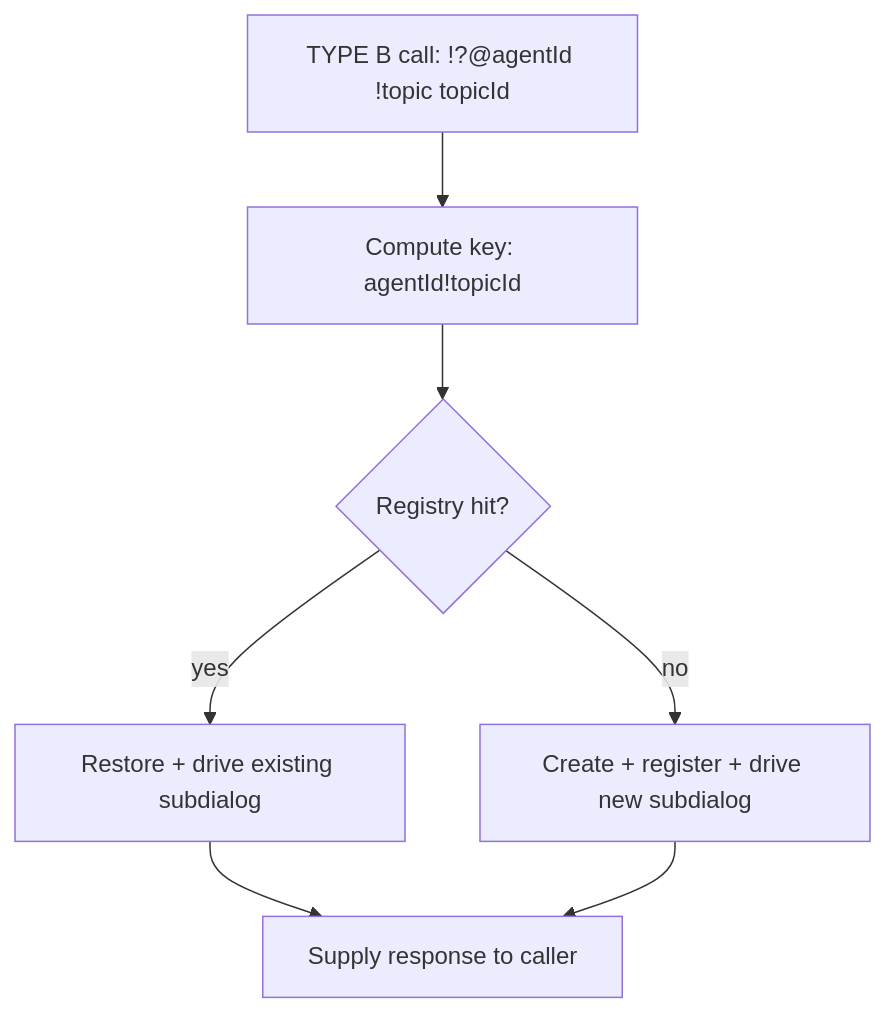
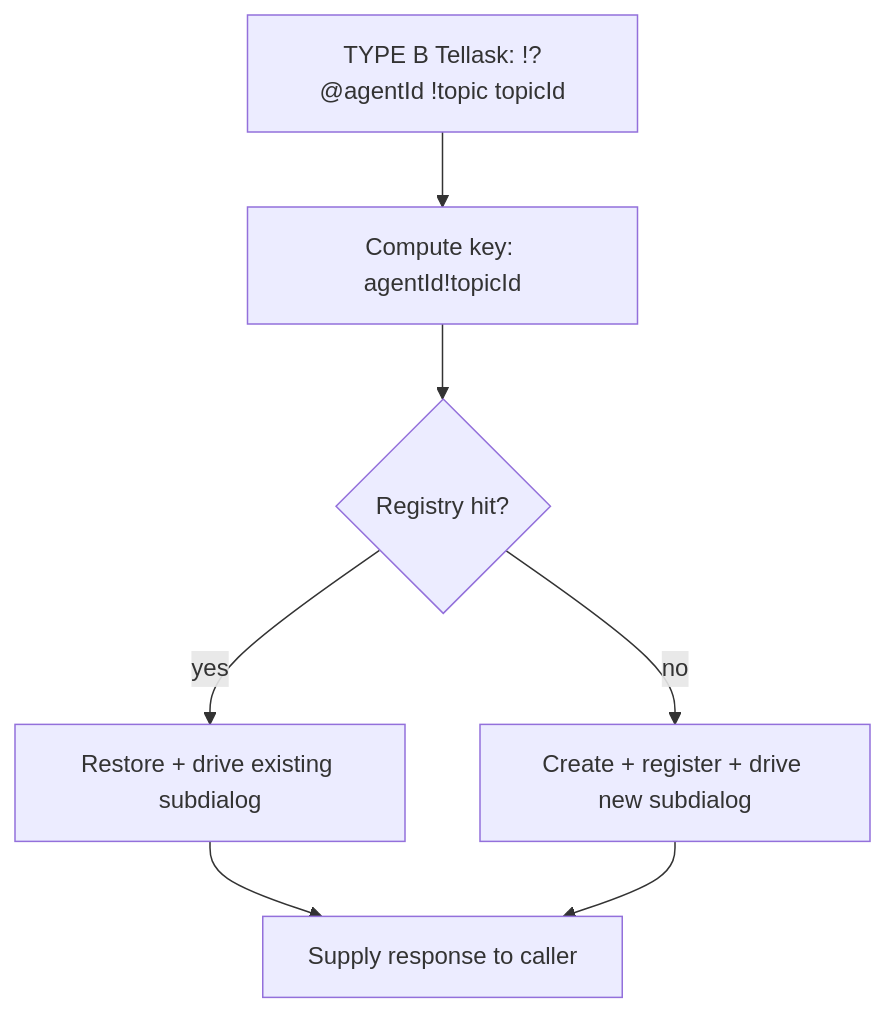
One commit to longrun-ai/dominds changed the eighth of 18 diagrams in docs/dialog-system.md. Above: the diagram before and after it, drawn with Mermaid. The commit also changed other lines of this file and 31 other files, not shown here.

````diff
--- a/docs/dialog-system.md
+++ b/docs/dialog-system.md
@@ -774,9 +775,9 @@
 ```mermaid
 flowchart TD
-  Call[TYPE B call: !?@agentId !topic topicId] --> Key[Compute key: agentId!topicId]
+  Tellask[TYPE B Tellask: !?@agentId !topic topicId] --> Key[Compute key: agentId!topicId]
   Key --> Lookup{Registry hit?}
   Lookup -- yes --> Resume[Restore + drive existing subdialog]
   Lookup -- no --> Create[Create + register + drive new subdialog]
   Resume --> Supply[Supply response to caller]
   Create --> Supply
 ```
````
